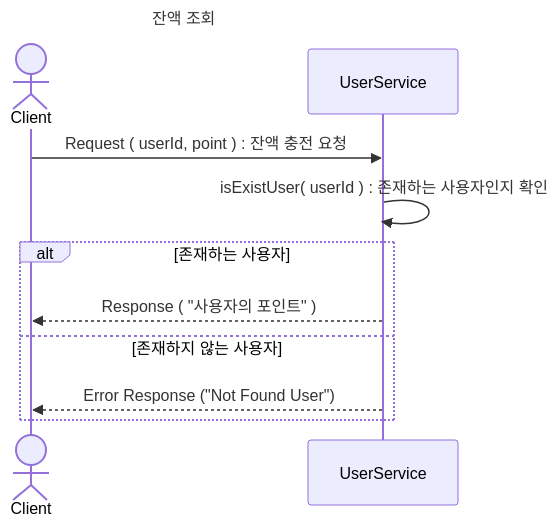
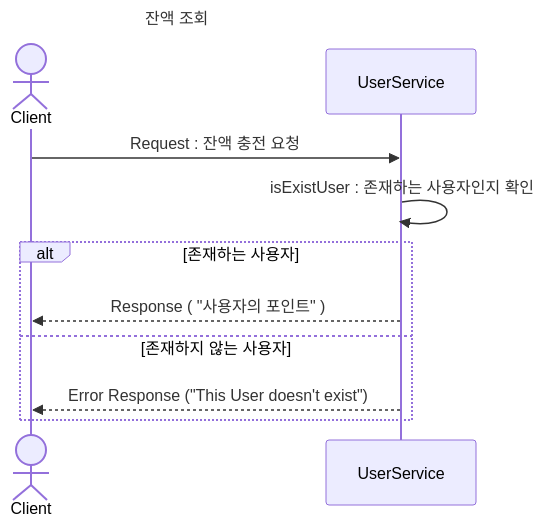
One commit to GustavEiffels/hhplus_server_build changed the diagram in design/sequence_diagram/잔액_조회_API.md. Above: the diagram before and after it, drawn with Mermaid. The commit also changed 8 other files, not shown here.

Commit message:
[fix] 문서 수정 : sequece diagram

````diff
--- a/design/sequence_diagram/잔액_조회_API.md
+++ b/design/sequence_diagram/잔액_조회_API.md
@@ -1,21 +1,21 @@
 ```mermaid
 ---
 title: 잔액 조회
 ---
 sequenceDiagram
     Actor cl as Client
     participant us as UserService
     
-    cl->> us : Request ( userId, point ) : 잔액 충전 요청 
-    us->> us : isExistUser( userId ) : 존재하는 사용자인지 확인 
+    cl->> us : Request : 잔액 충전 요청 
+    us->> us : isExistUser : 존재하는 사용자인지 확인 
 
     alt 존재하는 사용자
         us-->>cl : Response ( "사용자의 포인트" )
 
     else 존재하지 않는 사용자
-        us-->>cl : Error Response ("Not Found User")
+        us-->>cl : Error Response ("This User doesn't exist")
     end 
 
     
                    
 ```
````
